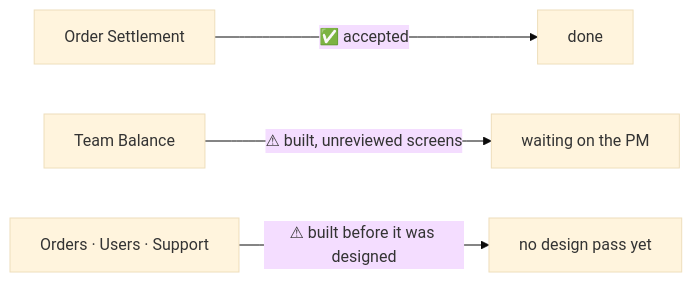
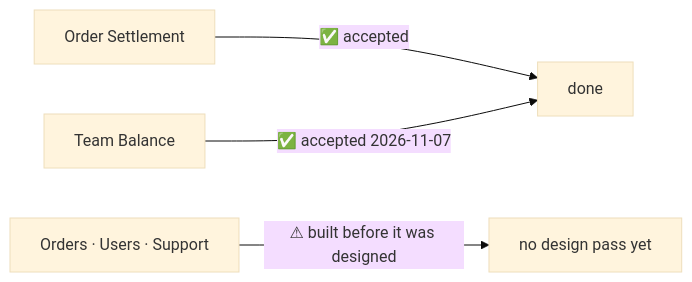
Before and after one commit to pdcgo/warehouse_revamp: the diagram in docs/development_state/heri.md, drawn with Mermaid (base theme). The commit also changed other lines of this file and 36 other files, not shown here.

First line of the commit message:
feat(balance): Team Balance passes design_accept - All tab, only the debtor records a payment, phone layout

````diff
--- a/docs/development_state/heri.md
+++ b/docs/development_state/heri.md
@@ -197,6 +198,6 @@
 ```mermaid
 flowchart LR
   s["Order Settlement"] -->|"✅ accepted"| done["done"]
-  b["Team Balance"] -->|"⚠ built, unreviewed screens"| gate["waiting on the PM"]
+  b["Team Balance"] -->|"✅ accepted 2026-11-07"| done
   o["Orders · Users · Support"] -->|"⚠ built before it was designed"| gate2["no design pass yet"]
 ```
````
